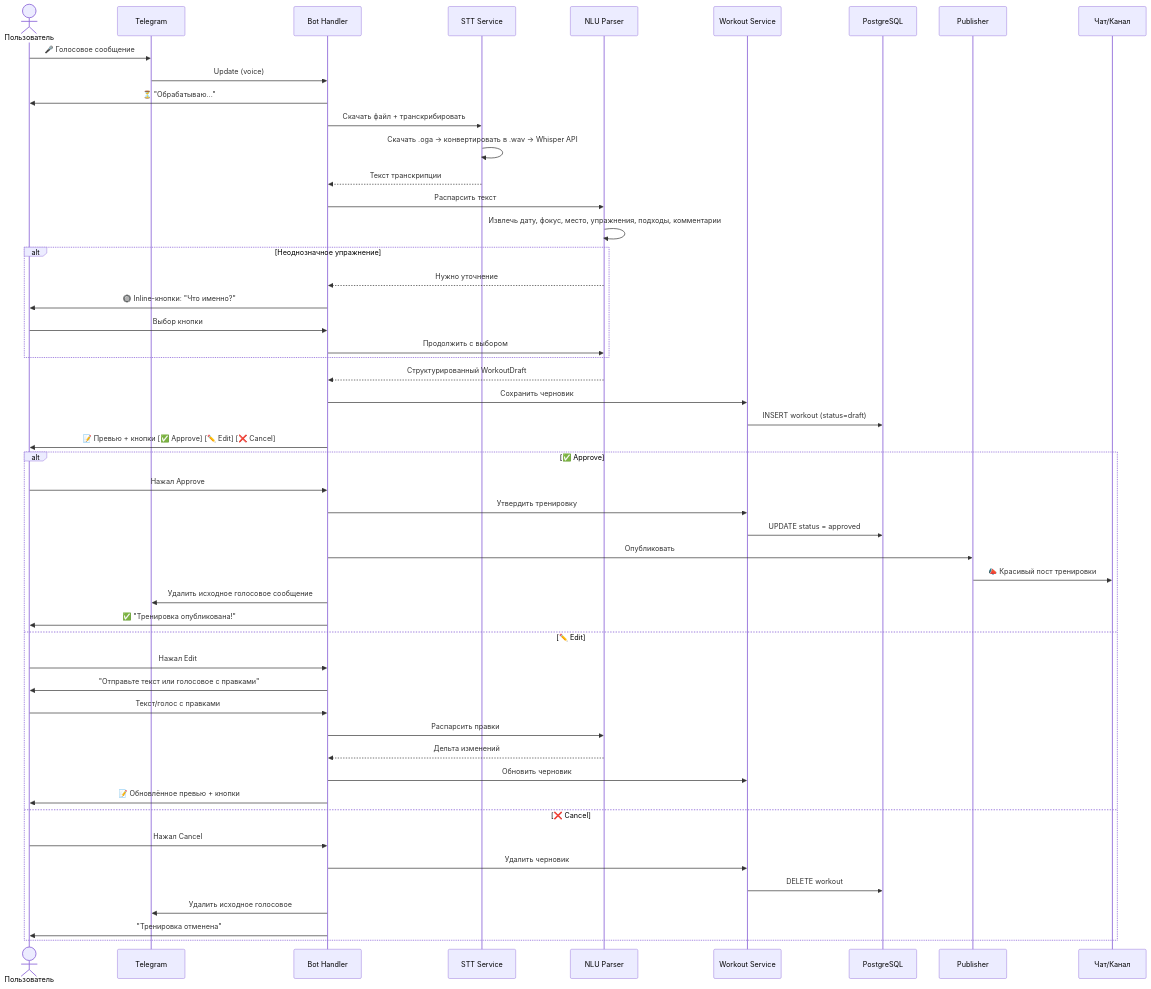
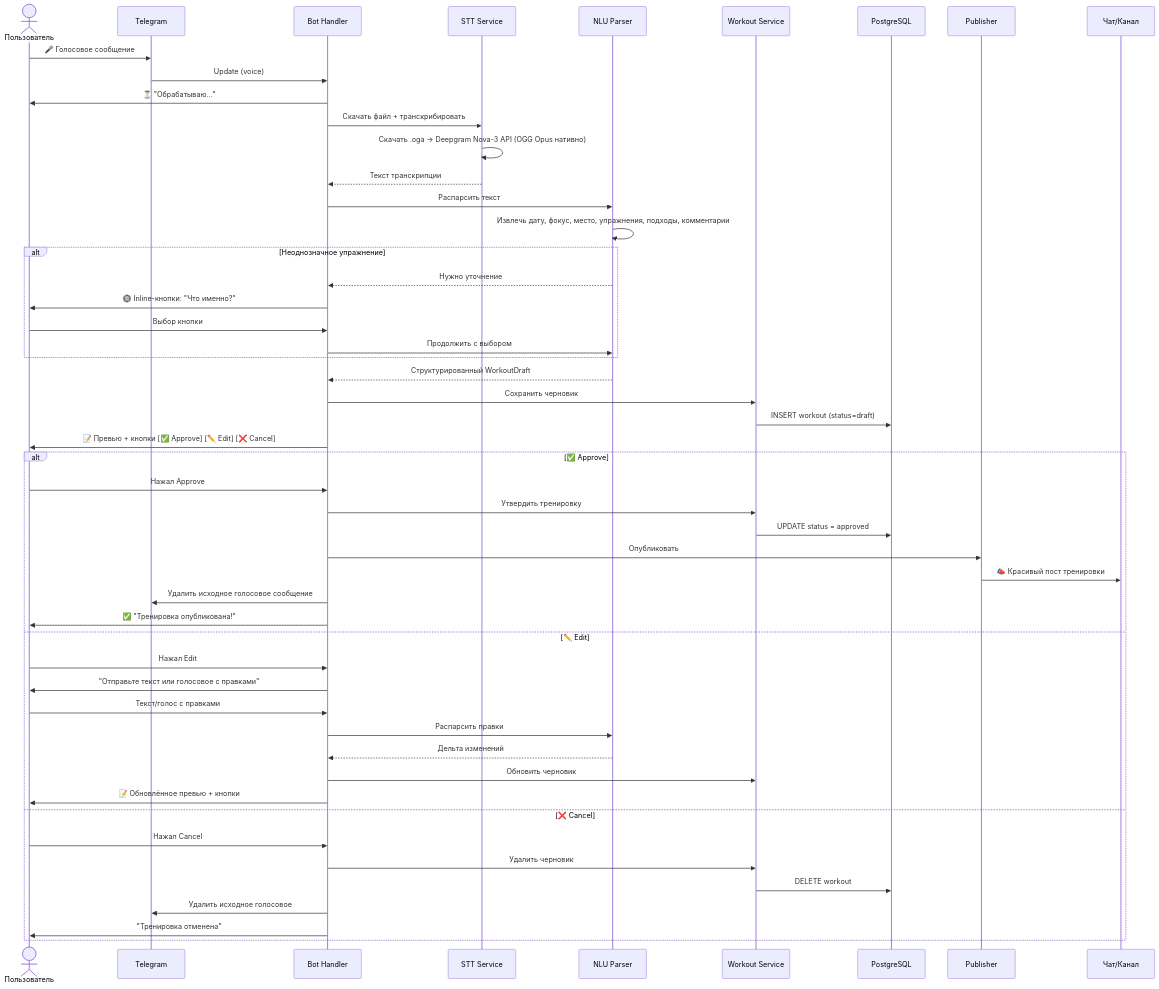
One commit to LISBON11/fit-bot changed the second of 8 diagrams in docs/architecture/design/SYSTEM_DESIGN.md. Above: the diagram before and after it, drawn with Mermaid. The commit also changed other lines of this file and 7 other files, not shown here.

First line of the commit message:
docs(architecture): add ADRs and update system design for STT/NLU migration

````diff
--- a/docs/architecture/design/SYSTEM_DESIGN.md
+++ b/docs/architecture/design/SYSTEM_DESIGN.md
@@ -95,57 +95,57 @@
 ```mermaid
 sequenceDiagram
     actor U as Пользователь
     participant TG as Telegram
     participant BOT as Bot Handler
     participant STT as STT Service
     participant NLU as NLU Parser
     participant WRK as Workout Service
     participant DB as PostgreSQL
     participant PUB as Publisher
     participant CH as Чат/Канал
 
     U->>TG: 🎤 Голосовое сообщение
     TG->>BOT: Update (voice)
     BOT->>U: ⏳ "Обрабатываю..."
     BOT->>STT: Скачать файл + транскрибировать
-    STT->>STT: Скачать .oga → конвертировать в .wav → Whisper API
+    STT->>STT: Скачать .oga → Deepgram Nova-3 API (OGG Opus нативно)
     STT-->>BOT: Текст транскрипции
     BOT->>NLU: Распарсить текст
     NLU->>NLU: Извлечь дату, фокус, место, упражнения, подходы, комментарии
 
     alt Неоднозначное упражнение
         NLU-->>BOT: Нужно уточнение
         BOT->>U: 🔘 Inline-кнопки: "Что именно?"
         U->>BOT: Выбор кнопки
         BOT->>NLU: Продолжить с выбором
     end
 
     NLU-->>BOT: Структурированный WorkoutDraft
     BOT->>WRK: Сохранить черновик
     WRK->>DB: INSERT workout (status=draft)
     BOT->>U: 📝 Превью + кнопки [✅ Approve] [✏️ Edit] [❌ Cancel]
 
     alt ✅ Approve
         U->>BOT: Нажал Approve
         BOT->>WRK: Утвердить тренировку
         WRK->>DB: UPDATE status = approved
         BOT->>PUB: Опубликовать
         PUB->>CH: 📣 Красивый пост тренировки
         BOT->>TG: Удалить исходное голосовое сообщение
         BOT->>U: ✅ "Тренировка опубликована!"
     else ✏️ Edit
         U->>BOT: Нажал Edit
         BOT->>U: "Отправьте текст или голосовое с правками"
         U->>BOT: Текст/голос с правками
         BOT->>NLU: Распарсить правки
         NLU-->>BOT: Дельта изменений
         BOT->>WRK: Обновить черновик
         BOT->>U: 📝 Обновлённое превью + кнопки
     else ❌ Cancel
         U->>BOT: Нажал Cancel
         BOT->>WRK: Удалить черновик
         WRK->>DB: DELETE workout
         BOT->>TG: Удалить исходное голосовое
         BOT->>U: "Тренировка отменена"
     end
 ```
````
